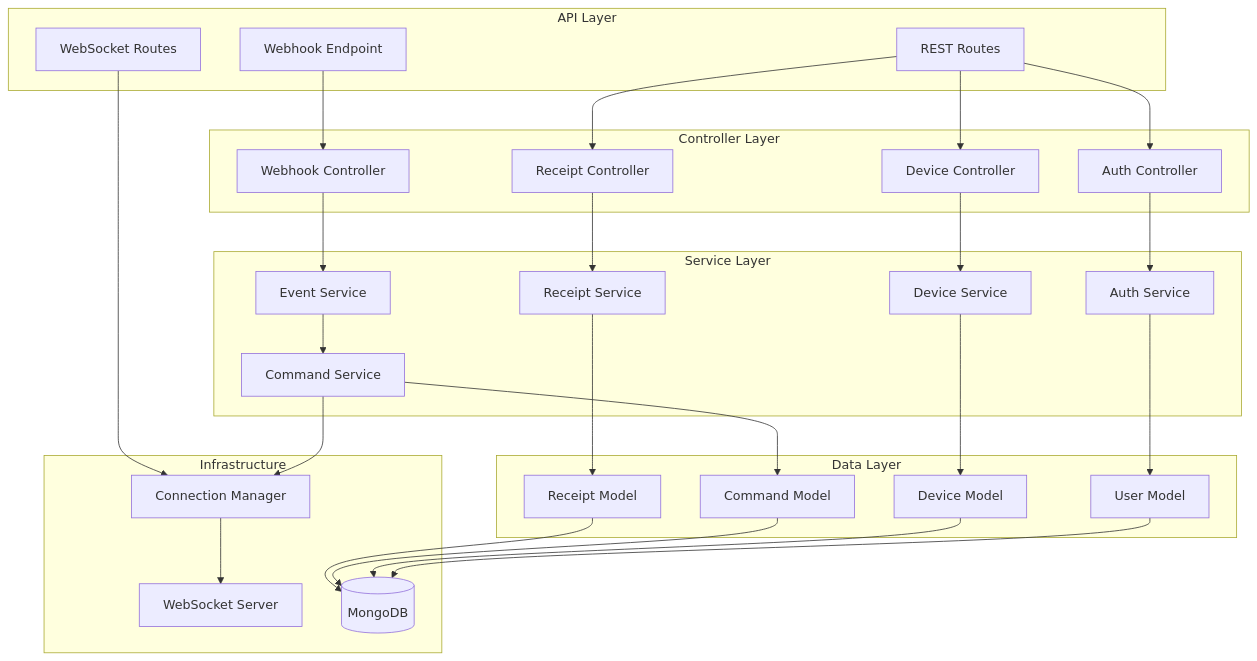
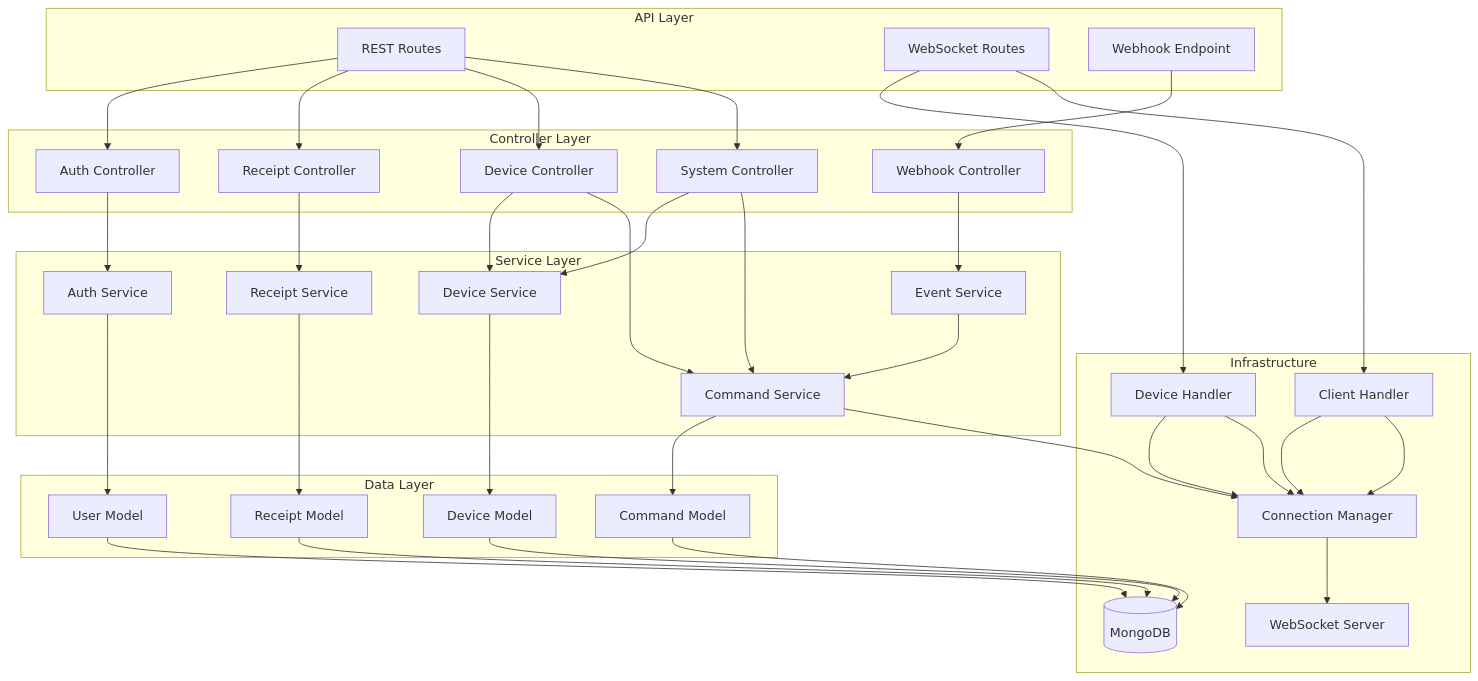
The third of 4 diagrams in documentation/ARCHITECTURE.md (valiobar/receipts), drawn with Mermaid before and after one commit. The commit also changed other lines of this file and 30 other files, not shown here.

````diff
--- a/documentation/ARCHITECTURE.md
+++ b/documentation/ARCHITECTURE.md
@@ -214,61 +217,73 @@
 ```mermaid
 graph TB
     subgraph "API Layer"
         REST[REST Routes]
         WS_Route[WebSocket Routes]
         Webhook[Webhook Endpoint]
     end
     
     subgraph "Controller Layer"
         AuthCtrl[Auth Controller]
         ReceiptCtrl[Receipt Controller]
         DeviceCtrl[Device Controller]
         WebhookCtrl[Webhook Controller]
+        SystemCtrl[System Controller]
     end
     
     subgraph "Service Layer"
         ReceiptSvc[Receipt Service]
         CommandSvc[Command Service]
         DeviceSvc[Device Service]
         EventSvc[Event Service]
         AuthSvc[Auth Service]
     end
     
     subgraph "Data Layer"
         ReceiptModel[Receipt Model]
         CommandModel[Command Model]
         DeviceModel[Device Model]
         UserModel[User Model]
     end
     
     subgraph "Infrastructure"
         ConnMgr[Connection Manager]
         WS_Server[WebSocket Server]
+        DeviceHandler[Device Handler]
+        ClientHandler[Client Handler]
         MongoDB[(MongoDB)]
     end
     
     REST --> AuthCtrl
     REST --> ReceiptCtrl
     REST --> DeviceCtrl
-    WS_Route --> ConnMgr
+    REST --> SystemCtrl
+    WS_Route --> DeviceHandler
+    WS_Route --> ClientHandler
+    DeviceHandler --> ConnMgr
+    ClientHandler --> ConnMgr
     Webhook --> WebhookCtrl
     
     AuthCtrl --> AuthSvc
     ReceiptCtrl --> ReceiptSvc
     DeviceCtrl --> DeviceSvc
+    DeviceCtrl --> CommandSvc
     WebhookCtrl --> EventSvc
+    SystemCtrl --> DeviceSvc
+    SystemCtrl --> CommandSvc
     
     ReceiptSvc --> ReceiptModel
     CommandSvc --> CommandModel
     DeviceSvc --> DeviceModel
     AuthSvc --> UserModel
     
     ReceiptModel --> MongoDB
     CommandModel --> MongoDB
     DeviceModel --> MongoDB
     UserModel --> MongoDB
     
     EventSvc --> CommandSvc
     CommandSvc --> ConnMgr
+    DeviceHandler --> ConnMgr
+    ClientHandler --> ConnMgr
     ConnMgr --> WS_Server
 ```
````
